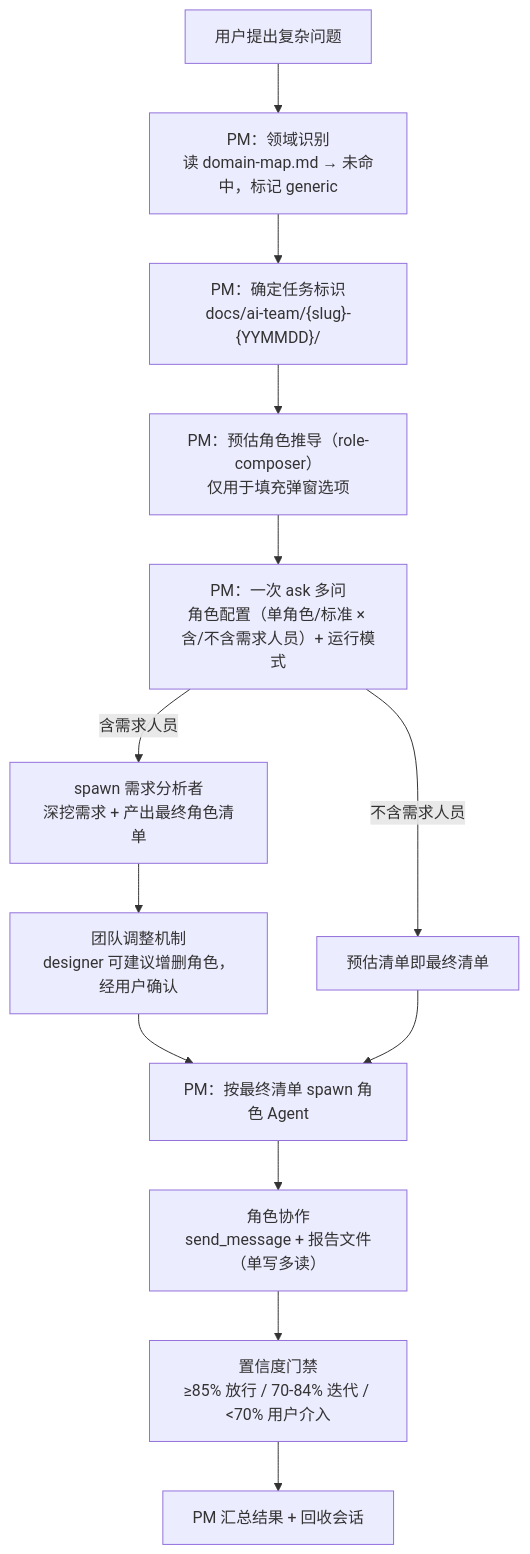
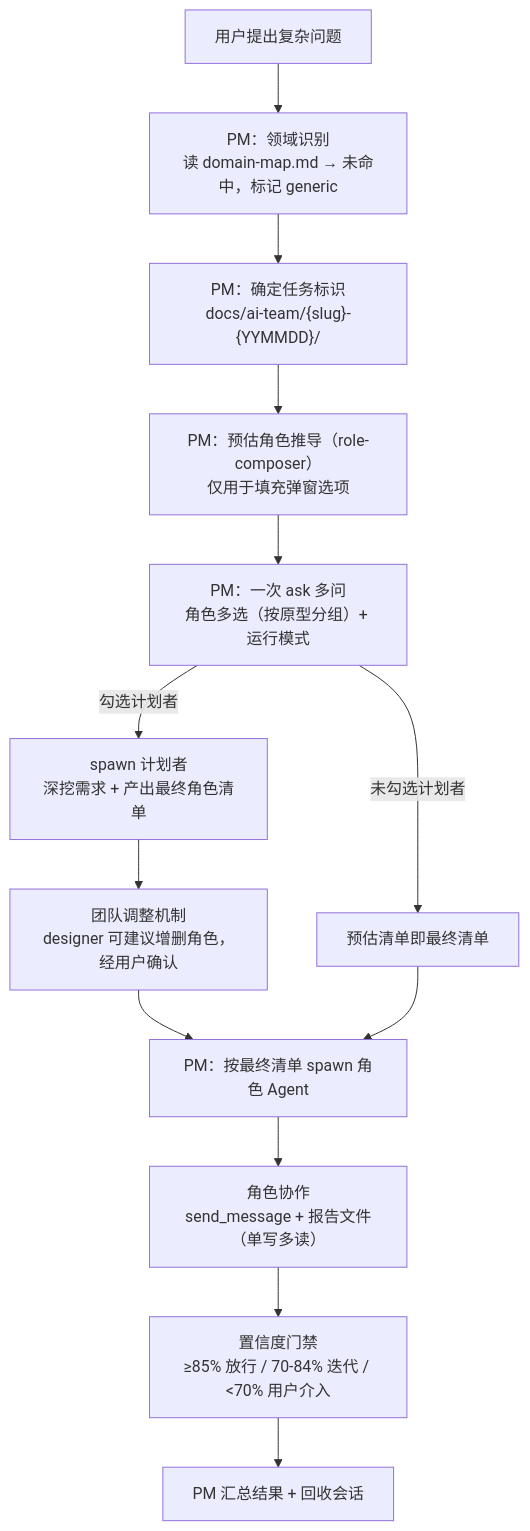
Before and after one commit to pen-ll/ai-team: the third of 5 diagrams in README.md, drawn with Mermaid. The commit also changed other lines of this file and 70 other files, not shown here.

````diff
--- a/README.md
+++ b/README.md
@@ -166,15 +195,15 @@
 ```mermaid
 flowchart TD
     A["用户提出复杂问题"] --> B["PM：领域识别<br/>读 domain-map.md → 未命中，标记 generic"]
     B --> C["PM：确定任务标识<br/>docs/ai-team/{slug}-{YYMMDD}/"]
     C --> D["PM：预估角色推导（role-composer）<br/>仅用于填充弹窗选项"]
-    D --> E["PM：一次 ask 多问<br/>角色配置（单角色/标准 × 含/不含需求人员）+ 运行模式"]
-    E -->|"含需求人员"| F["spawn 需求分析者<br/>深挖需求 + 产出最终角色清单"]
-    E -->|"不含需求人员"| G["预估清单即最终清单"]
+    D --> E["PM：一次 ask 多问<br/>角色多选（按原型分组）+ 运行模式"]
+    E -->|"勾选计划者"| F["spawn 计划者<br/>深挖需求 + 产出最终角色清单"]
+    E -->|"未勾选计划者"| G["预估清单即最终清单"]
     F --> H["团队调整机制<br/>designer 可建议增删角色，经用户确认"]
     H --> I["PM：按最终清单 spawn 角色 Agent"]
     G --> I
     I --> J["角色协作<br/>send_message + 报告文件（单写多读）"]
     J --> K["置信度门禁<br/>≥85% 放行 / 70-84% 迭代 / <70% 用户介入"]
     K --> L["PM 汇总结果 + 回收会话"]
 ```
````
